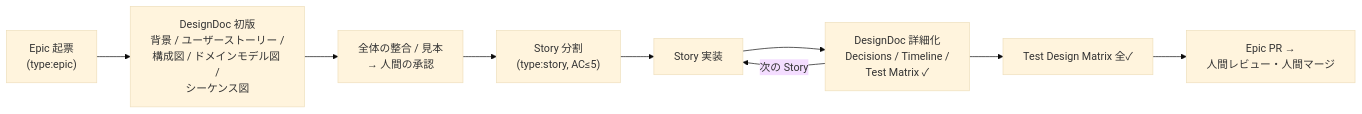
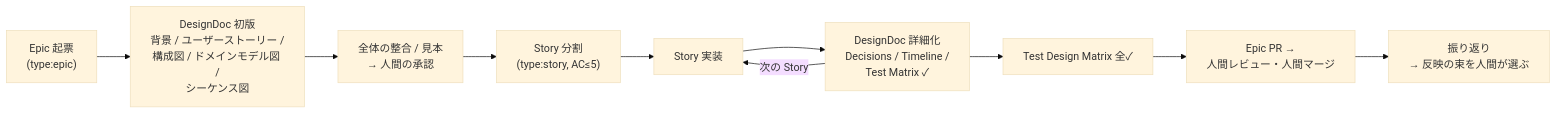
Before and after one commit to etoyama/repo-template: the second of 2 diagrams in docs/WORKFLOW.md, drawn with Mermaid (base theme). The commit also changed other lines of this file and 5 other files, not shown here.

````diff
--- a/docs/WORKFLOW.md
+++ b/docs/WORKFLOW.md
@@ -68,11 +68,12 @@
 ```mermaid
 flowchart LR
     A["Epic 起票<br/>(type:epic)"] --> B["DesignDoc 初版<br/>背景 / ユーザーストーリー /<br/>構成図 / ドメインモデル図 /<br/>シーケンス図"]
     B --> B2["全体の整合 / 見本<br/>→ 人間の承認"]
     B2 --> C["Story 分割<br/>(type:story, AC≤5)"]
     C --> D["Story 実装"]
     D --> E["DesignDoc 詳細化<br/>Decisions / Timeline /<br/>Test Matrix ✓"]
     E -->|次の Story| D
     E --> F["Test Design Matrix 全✓"]
     F --> G["Epic PR →<br/>人間レビュー・人間マージ"]
+    G --> H["振り返り<br/>→ 反映の束を人間が選ぶ"]
 ```
````
